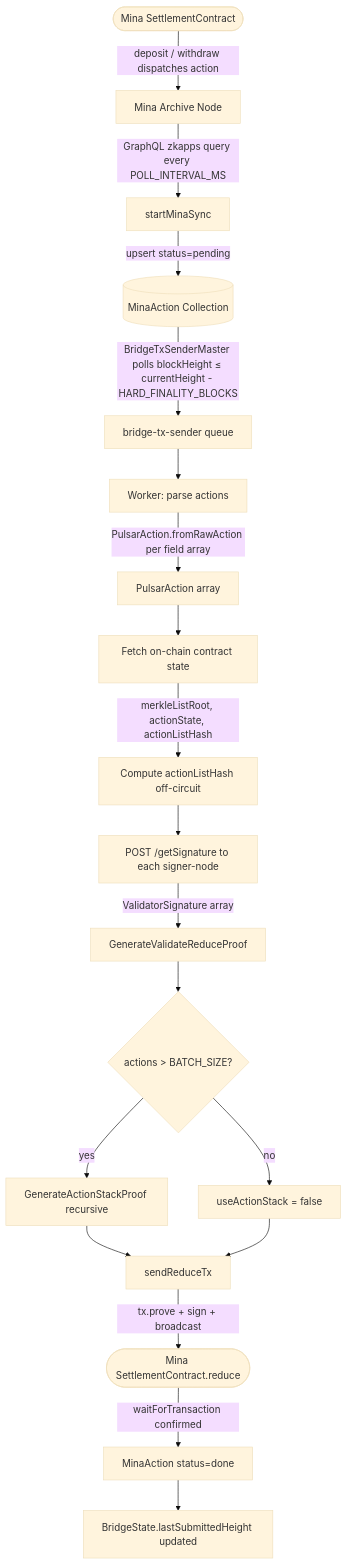
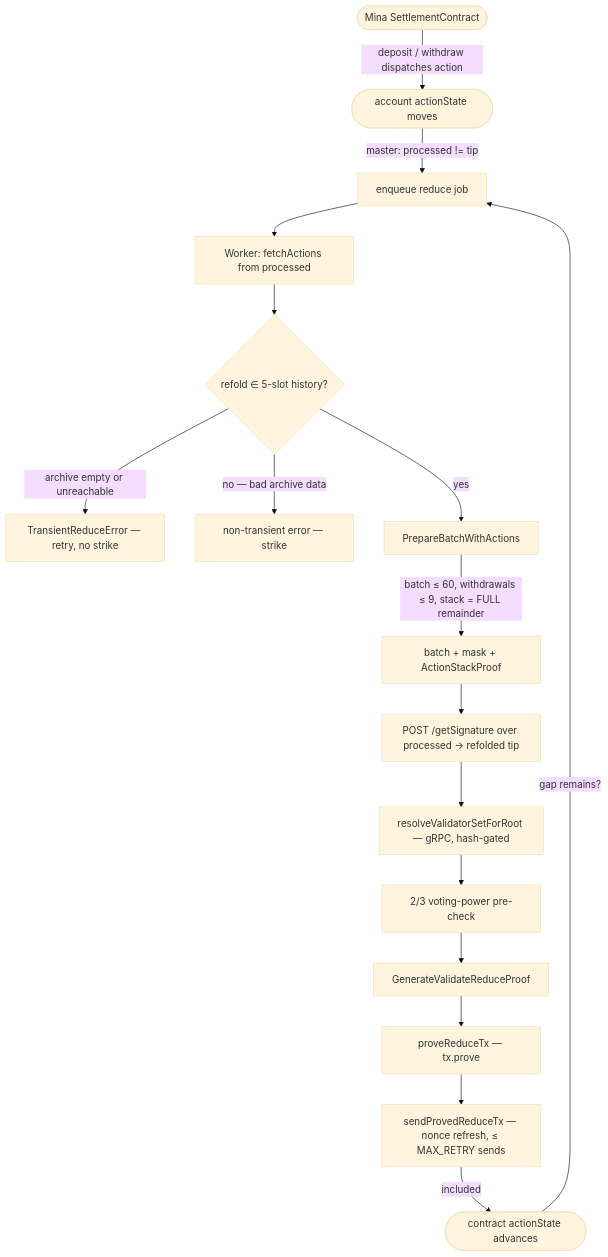
Before and after one commit to node101-io/pulsar: the second of 4 diagrams in bridge/docs/architecture.md, drawn with Mermaid (base theme). The commit also changed other lines of this file and 1 other file, not shown here.

Commit message:
docs(bridge): rewrite architecture and dev guide

````diff
--- a/bridge/docs/architecture.md
+++ b/bridge/docs/architecture.md
@@ -177,29 +182,21 @@
 ```mermaid
 flowchart TD
-    A([Mina SettlementContract]) -->|deposit / withdraw dispatches action| B[Mina Archive Node]
+    A([Mina SettlementContract]) -->|deposit / withdraw dispatches action| B([account actionState moves])
 
-    B -->|GraphQL zkapps query every POLL_INTERVAL_MS| C[startMinaSync]
-    C -->|upsert status=pending| D[(MinaAction Collection)]
+    B -->|master: processed != tip| C[enqueue reduce job]
+    C --> D[Worker: fetchActions from processed]
+    D --> E{refold ∈ 5-slot history?}
+    E -->|archive empty or unreachable| Y[TransientReduceError — retry, no strike]
+    E -->|no — bad archive data| X[non-transient error — strike]
+    E -->|yes| F[PrepareBatchWithActions]
 
-    D -->|BridgeTxSenderMaster polls blockHeight ≤ currentHeight - HARD_FINALITY_BLOCKS| E[bridge-tx-sender queue]
-
-    E --> F[Worker: parse actions]
-    F -->|PulsarAction.fromRawAction per field array| G[PulsarAction array]
-
-    G --> H[Fetch on-chain contract state]
-    H -->|merkleListRoot, actionState, actionListHash| I[Compute actionListHash off-circuit]
-
-    I --> J[POST /getSignature to each signer-node]
-    J -->|ValidatorSignature array| K[GenerateValidateReduceProof]
-
-    K --> L{actions > BATCH_SIZE?}
-    L -->|yes| M[GenerateActionStackProof recursive]
-    L -->|no| N[useActionStack = false]
-
-    M --> O[sendReduceTx]
-    N --> O
-
-    O -->|tx.prove + sign + broadcast| P([Mina SettlementContract.reduce])
-    P -->|waitForTransaction confirmed| Q[MinaAction status=done]
-    Q --> R[BridgeState.lastSubmittedHeight updated]
+    F -->|batch ≤ 60, withdrawals ≤ 9, stack = FULL remainder| G[batch + mask + ActionStackProof]
+    G --> H[POST /getSignature over processed → refolded tip]
+    H --> I[resolveValidatorSetForRoot — gRPC, hash-gated]
+    I --> J[2/3 voting-power pre-check]
+    J --> K[GenerateValidateReduceProof]
+    K --> L[proveReduceTx — tx.prove]
+    L --> M[sendProvedReduceTx — nonce refresh, ≤ MAX_RETRY sends]
+    M -->|included| N([contract actionState advances])
+    N -->|gap remains?| C
 ```
````
